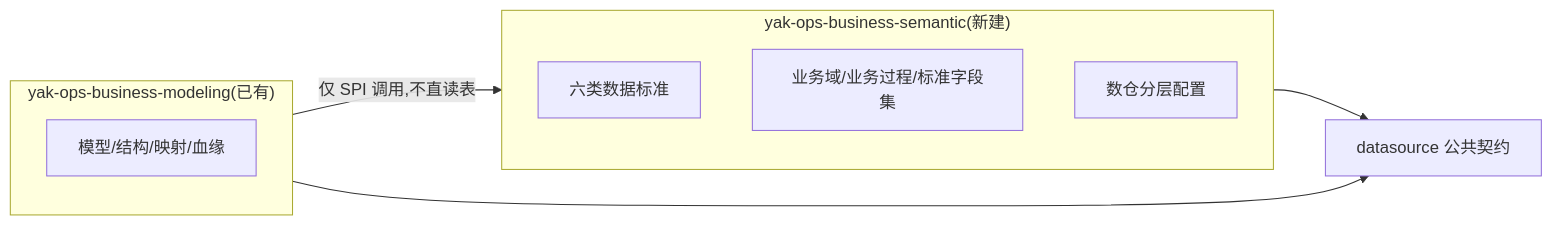
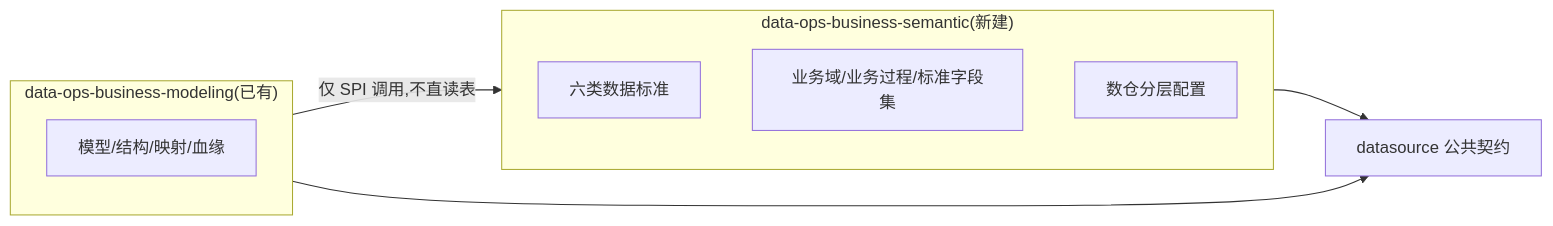
The diagram in docs/semantic/m4-integration.md (gitfortian/data-ops), drawn with Mermaid before and after one commit. The commit also changed other lines of this file and 6191 other files, not shown here.

````diff
--- a/docs/semantic/m4-integration.md
+++ b/docs/semantic/m4-integration.md
@@ -91,15 +91,15 @@
 ```mermaid
 flowchart LR
-  subgraph S["yak-ops-business-semantic(新建)"]
+  subgraph S["data-ops-business-semantic(新建)"]
     std["六类数据标准"]
     biz["业务域/业务过程/标准字段集"]
     layer["数仓分层配置"]
   end
-  subgraph M["yak-ops-business-modeling(已有)"]
+  subgraph M["data-ops-business-modeling(已有)"]
     model["模型/结构/映射/血缘"]
   end
   ds["datasource 公共契约"]
   M -->|"仅 SPI 调用,不直读表"| S
   S --> ds
   M --> ds
 ```
````
